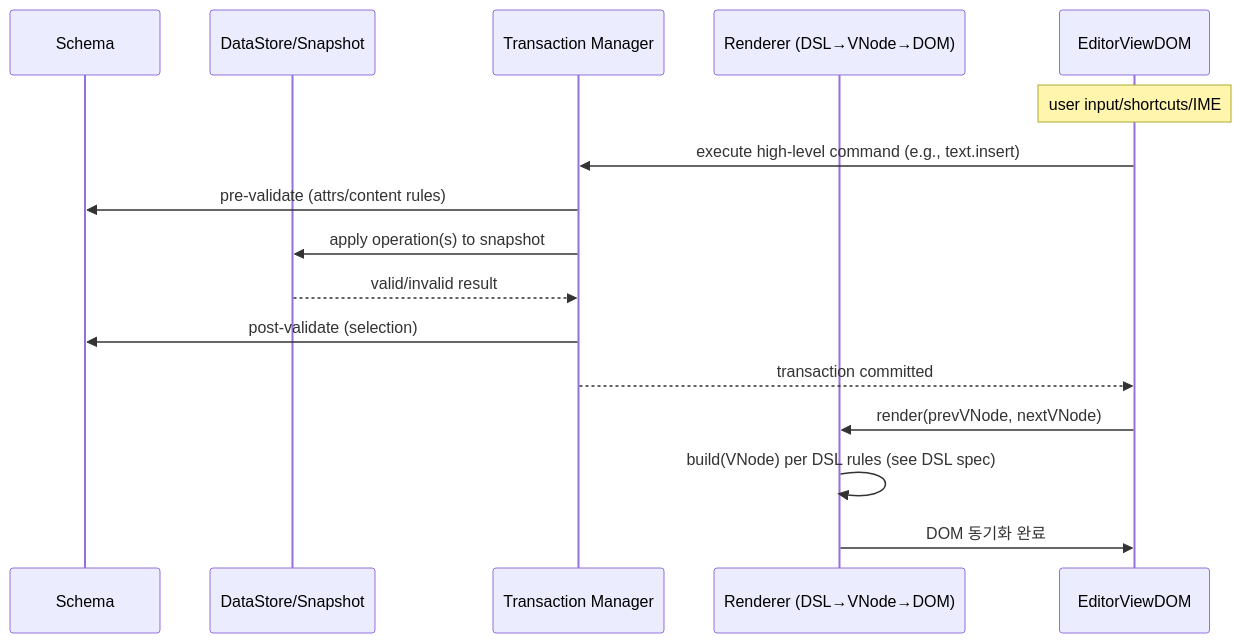
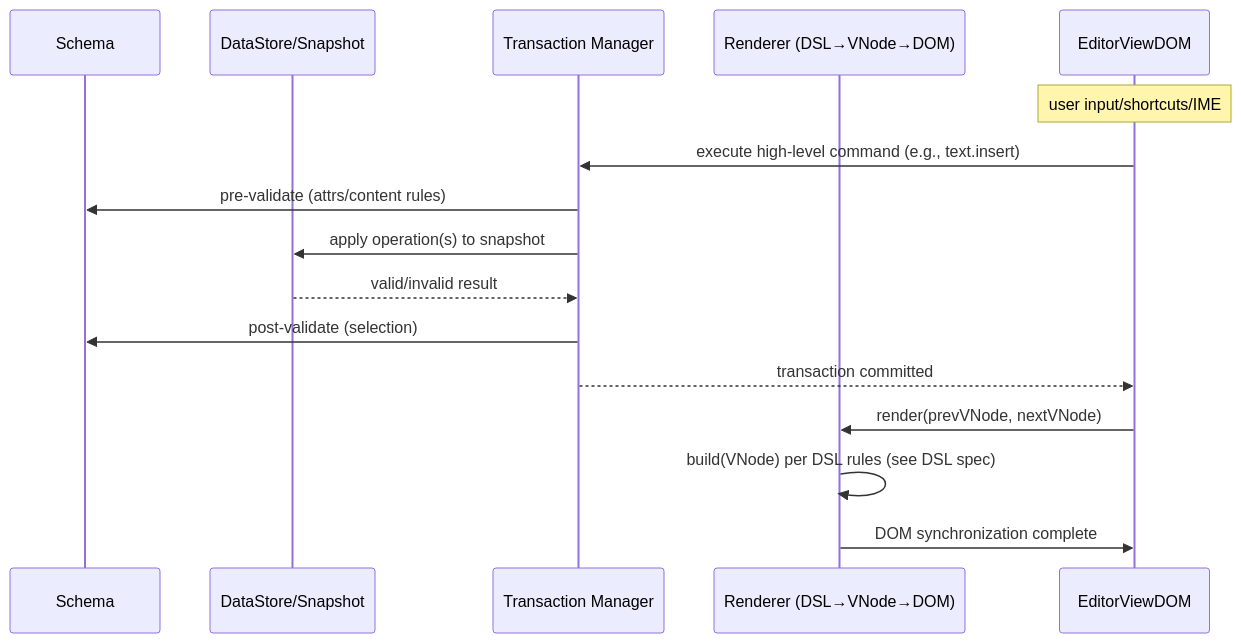
One commit to barocss/barocss-editor changed the second of 5 diagrams in paper/plan/schema-model-render-spec.md. Above: the diagram before and after it, drawn with Mermaid. The commit also changed other lines of this file and 147 other files, not shown here.

````diff
--- a/paper/plan/schema-model-render-spec.md
+++ b/paper/plan/schema-model-render-spec.md
@@ -84,19 +84,19 @@
 ```mermaid
 sequenceDiagram
   participant SC as Schema
   participant DS as DataStore/Snapshot
   participant TM as Transaction Manager
   participant R as Renderer (DSL→VNode→DOM)
   participant EV as EditorViewDOM
 
   Note over EV: user input/shortcuts/IME
   EV->>TM: execute high-level command (e.g., text.insert)
   TM->>SC: pre-validate (attrs/content rules)
   TM->>DS: apply operation(s) to snapshot
   DS-->>TM: valid/invalid result
   TM->>SC: post-validate (selection)
   TM-->>EV: transaction committed
   EV->>R: render(prevVNode, nextVNode)
   R->>R: build(VNode) per DSL rules (see DSL spec)
-  R->>EV: DOM 동기화 완료
+  R->>EV: DOM synchronization complete
 ```
````
